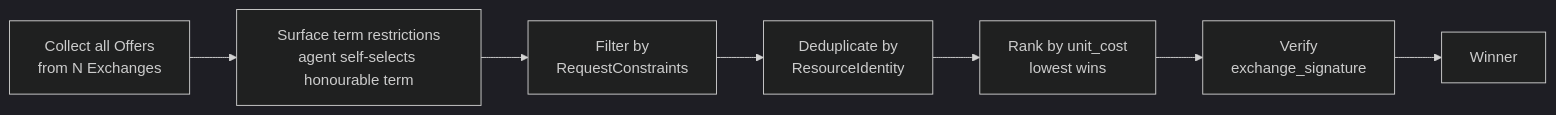
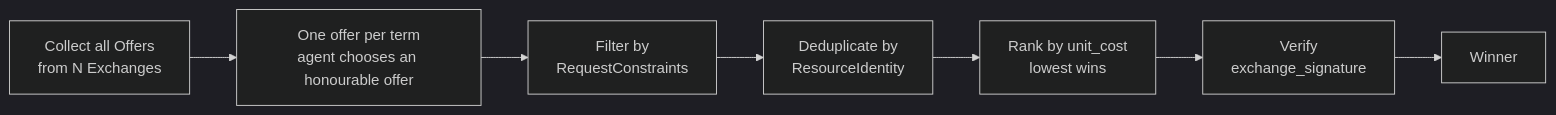
One commit to FORA-Protocol/protocol changed the second of 4 diagrams in website/src/content/docs/components/broker/selection-engine.mdx. Above: the diagram before and after it, drawn with Mermaid (dark theme). The commit also changed other lines of this file and 30 other files, not shown here.

````diff
--- a/website/src/content/docs/components/broker/selection-engine.mdx
+++ b/website/src/content/docs/components/broker/selection-engine.mdx
@@ -152,9 +152,9 @@
 ```mermaid
 graph LR
-    A[Collect all Offers<br/>from N Exchanges] --> B[Surface term restrictions<br/>agent self-selects honourable term]
+    A[Collect all Offers<br/>from N Exchanges] --> B[One offer per term<br/>agent chooses an honourable offer]
     B --> C[Filter by<br/>RequestConstraints]
     C --> D[Deduplicate by<br/>ResourceIdentity]
     D --> E[Rank by unit_cost<br/>lowest wins]
     E --> F[Verify<br/>exchange_signature]
     F --> G[Winner]
 ```
````
